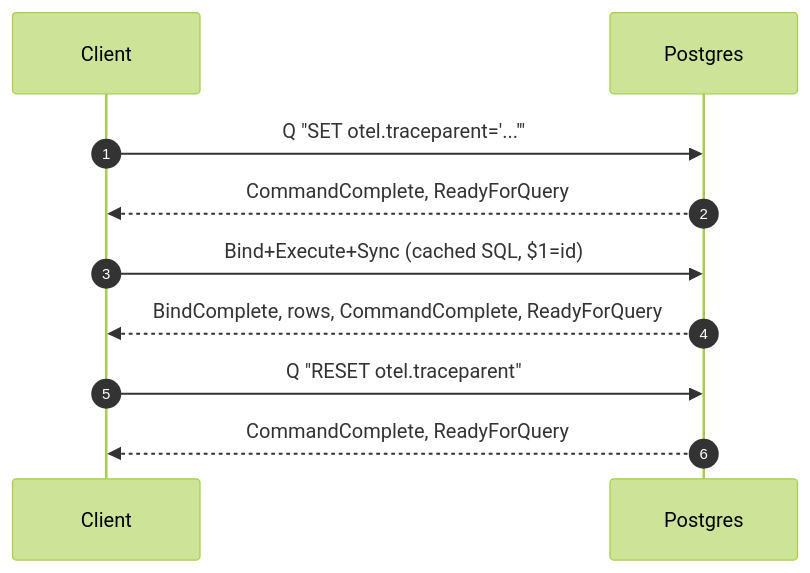
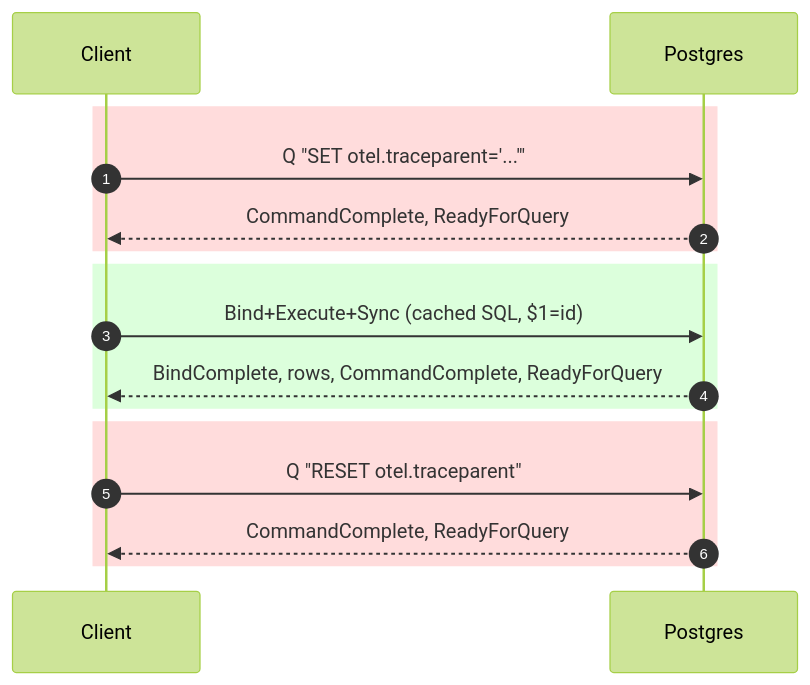
Before and after one commit to ringerc/postgres_otel_tracing_bench: the second of 6 diagrams in README.md, drawn with Mermaid (forest theme). The commit also changed other lines of this file, not shown here.

First line of the commit message:
README: colour-code overhead vs baseline in sequence diagrams; fix libpq claim

````diff
--- a/README.md
+++ b/README.md
@@ -158,12 +170,18 @@
 ```mermaid
 sequenceDiagram
     autonumber
     participant C as Client
     participant S as Postgres
+    rect rgb(255,220,220)
     C->>S: Q "SET otel.traceparent='...'"
     S-->>C: CommandComplete, ReadyForQuery
+    end
+    rect rgb(220,255,220)
     C->>S: Bind+Execute+Sync (cached SQL, $1=id)
     S-->>C: BindComplete, rows, CommandComplete, ReadyForQuery
+    end
+    rect rgb(255,220,220)
     C->>S: Q "RESET otel.traceparent"
     S-->>C: CommandComplete, ReadyForQuery
+    end
 ```
````
